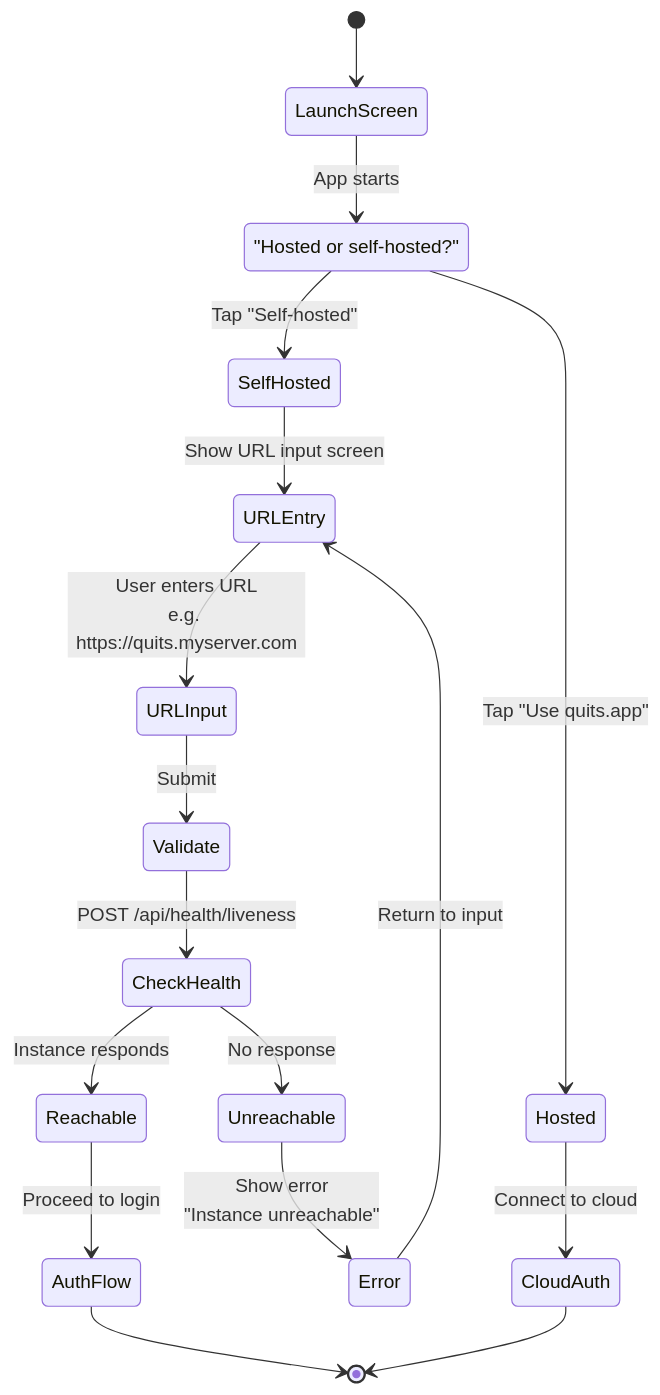
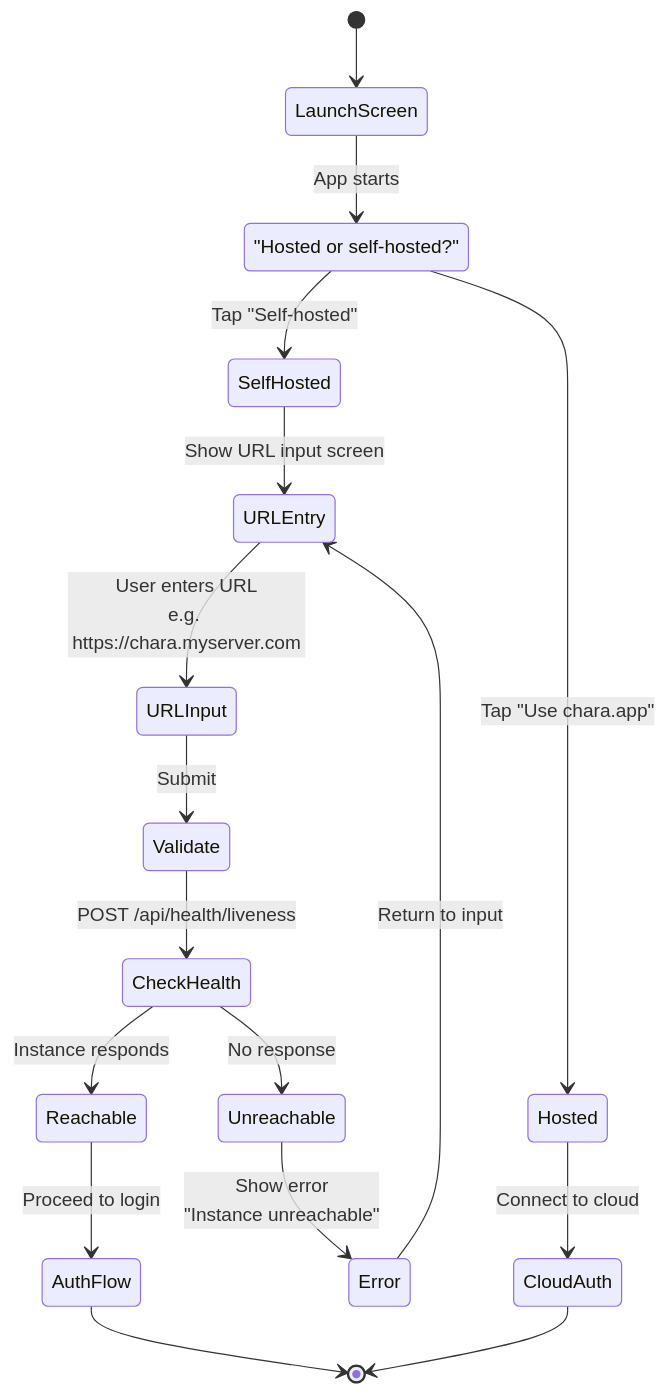
The fifth of 5 diagrams in docs/ux/13-self-host-admin.md (DowLucas/chara), drawn with Mermaid before and after one commit. The commit also changed other lines of this file and 207 other files, not shown here.

````diff
--- a/docs/ux/13-self-host-admin.md
+++ b/docs/ux/13-self-host-admin.md
@@ -126,32 +126,32 @@
 ```mermaid
 stateDiagram-v2
     [*] --> LaunchScreen
     
     LaunchScreen --> HostChoice: App starts
     
     HostChoice: "Hosted or self-hosted?"
     
     HostChoice --> SelfHosted: Tap "Self-hosted"
-    HostChoice --> Hosted: Tap "Use quits.app"
+    HostChoice --> Hosted: Tap "Use chara.app"
     
     SelfHosted --> URLEntry: Show URL input screen
     
-    URLEntry --> URLInput: User enters URL<br/>e.g. https://quits.myserver.com
+    URLEntry --> URLInput: User enters URL<br/>e.g. https://chara.myserver.com
     
     URLInput --> Validate: Submit
     
     Validate --> CheckHealth: POST /api/health/liveness
     
     CheckHealth --> Reachable: Instance responds
     CheckHealth --> Unreachable: No response
     
     Reachable --> AuthFlow: Proceed to login
     
     Unreachable --> Error: Show error<br/>"Instance unreachable"
     Error --> URLEntry: Return to input
     
     Hosted --> CloudAuth: Connect to cloud
     
     AuthFlow --> [*]
     CloudAuth --> [*]
 ```
````
